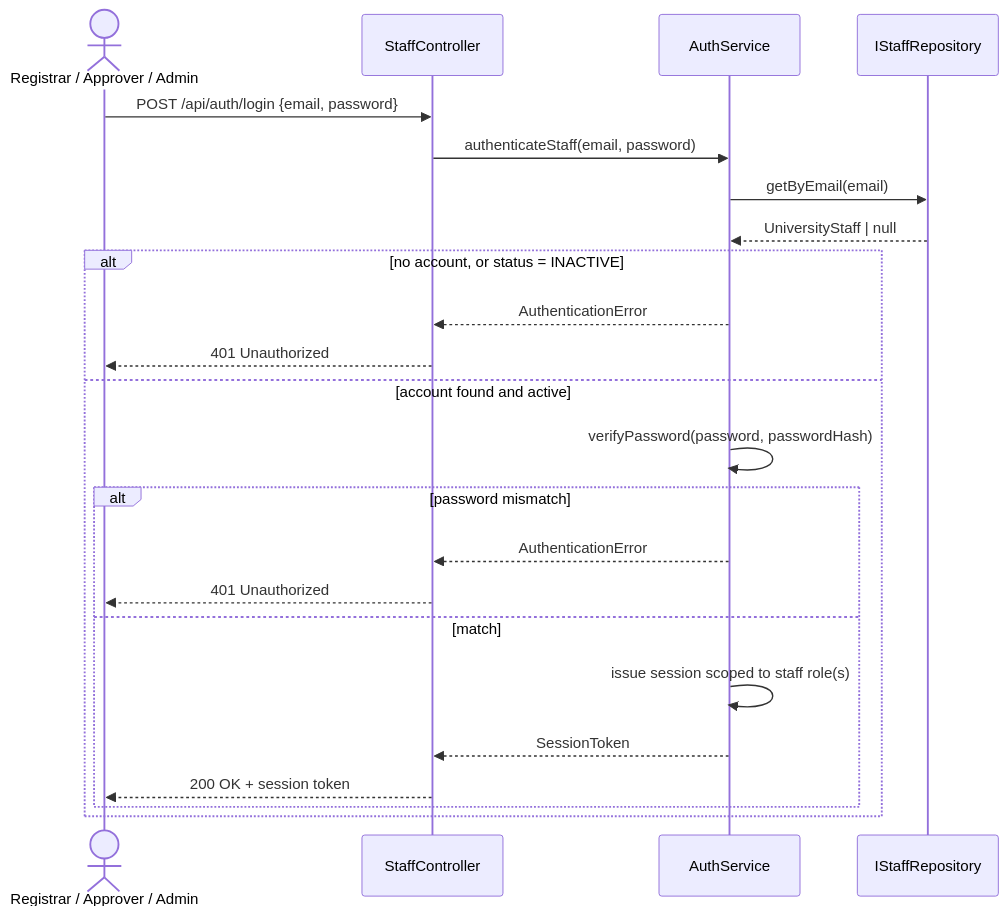
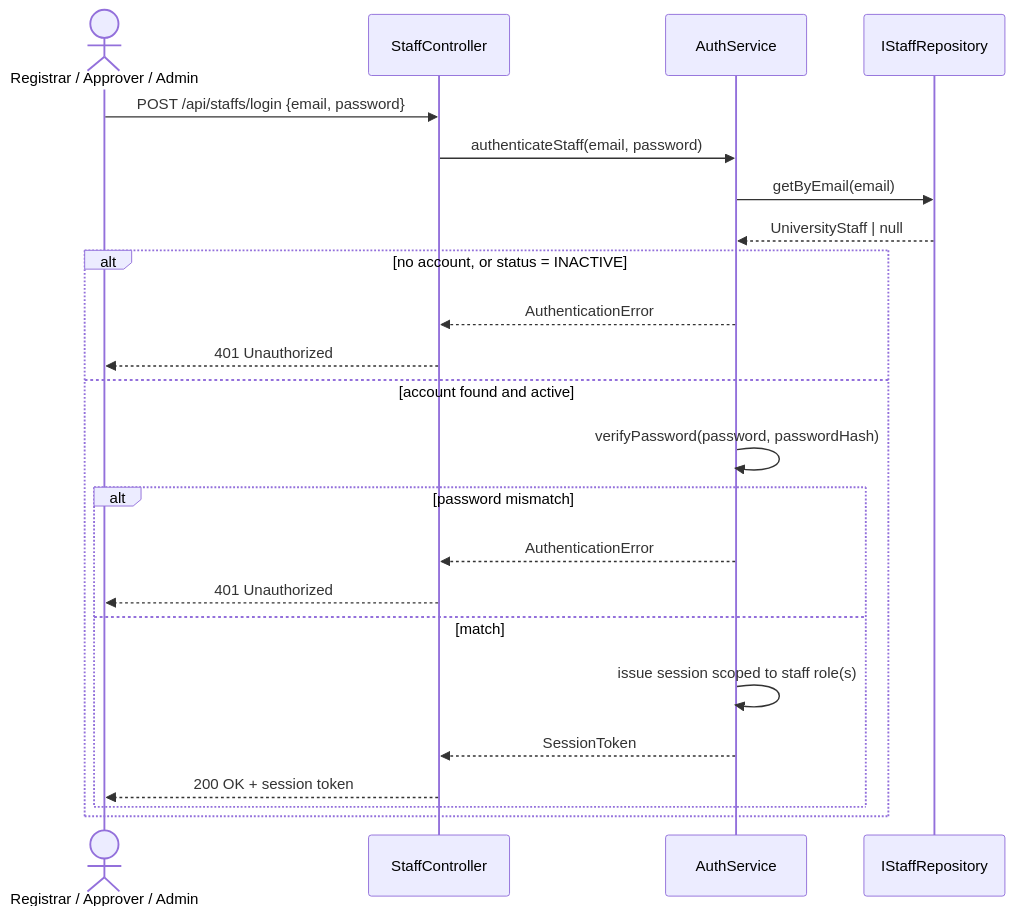
The first of 15 diagrams in docs/03-design/Sequence_Diagram.md (huypengin/UniDipVeri), drawn with Mermaid before and after one commit. The commit also changed other lines of this file and 5 other files, not shown here.

First line of the commit message:
refactor(api): rename staff endpoints to plural and split login per role

````diff
--- a/docs/03-design/Sequence_Diagram.md
+++ b/docs/03-design/Sequence_Diagram.md
@@ -22,27 +22,27 @@
 ```mermaid
 sequenceDiagram
     actor Staff as Registrar / Approver / Admin
     participant SC as StaffController
     participant Auth as AuthService
     participant Repo as IStaffRepository
 
-    Staff->>SC: POST /api/auth/login {email, password}
+    Staff->>SC: POST /api/staffs/login {email, password}
     SC->>Auth: authenticateStaff(email, password)
     Auth->>Repo: getByEmail(email)
     Repo-->>Auth: UniversityStaff | null
 
     alt no account, or status = INACTIVE
         Auth-->>SC: AuthenticationError
         SC-->>Staff: 401 Unauthorized
     else account found and active
         Auth->>Auth: verifyPassword(password, passwordHash)
         alt password mismatch
             Auth-->>SC: AuthenticationError
             SC-->>Staff: 401 Unauthorized
         else match
             Auth->>Auth: issue session scoped to staff role(s)
             Auth-->>SC: SessionToken
             SC-->>Staff: 200 OK + session token
         end
     end
 ```
````
